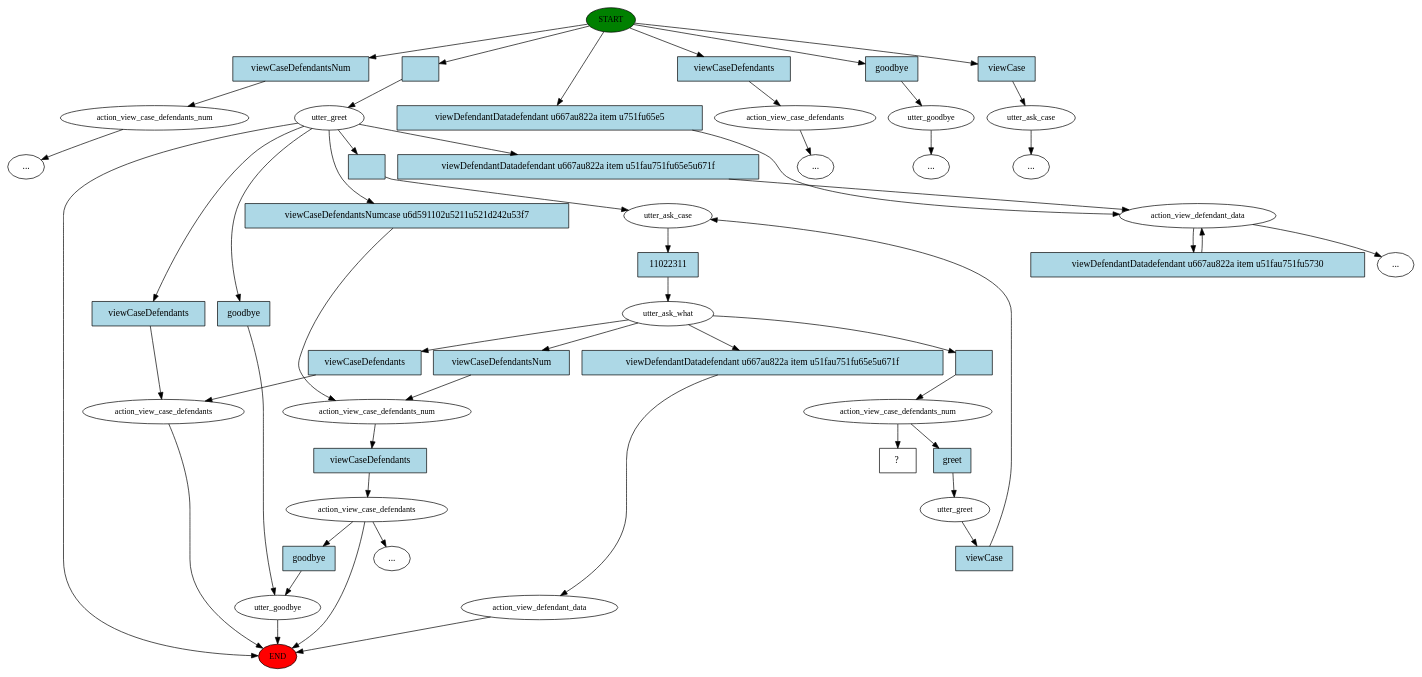
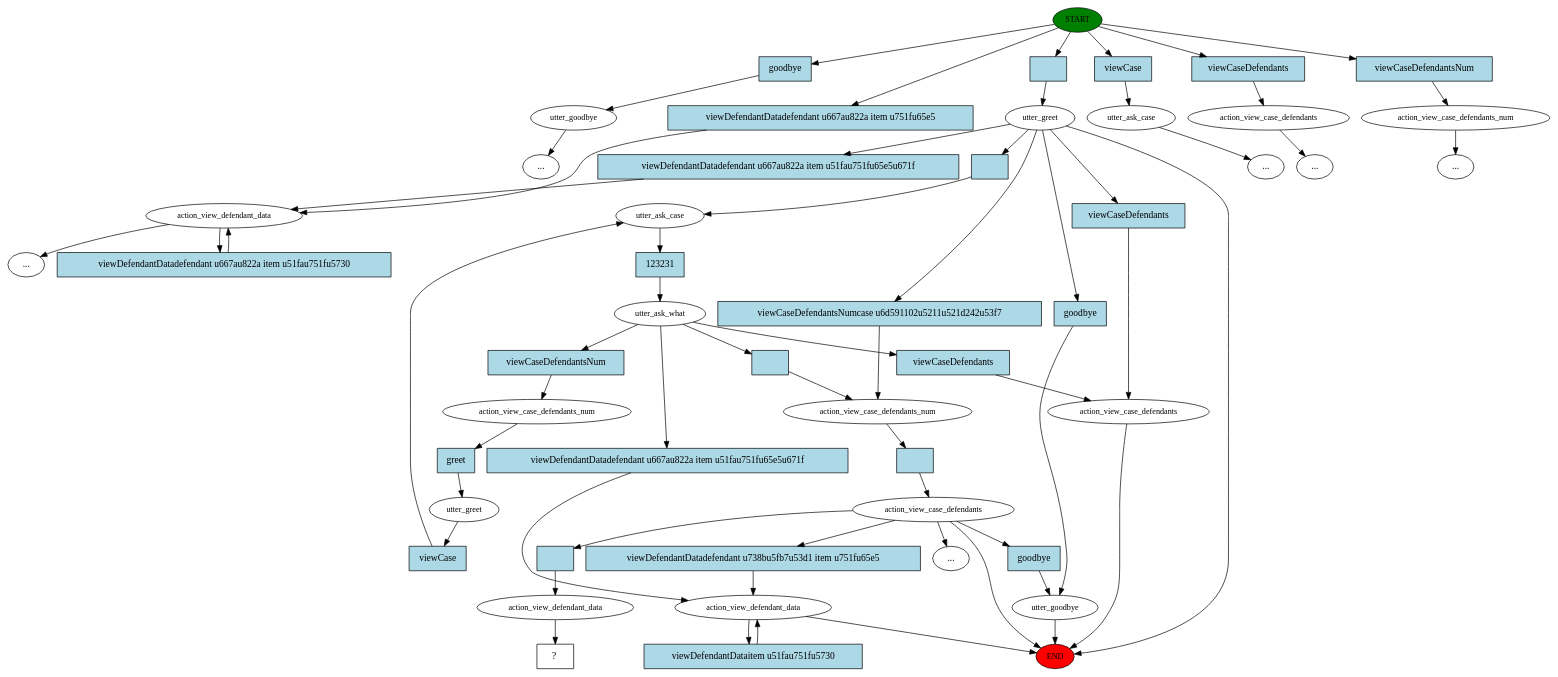
The diagram in story_graph.dot (bing-zhub/RasaChatBot), drawn with Graphviz before and after one commit. The commit also changed 4 other files, not shown here.

```diff
--- a/story_graph.dot
+++ b/story_graph.dot
@@ -1,101 +1,111 @@
 digraph  {
 0 [class="start active", fillcolor=green, fontsize=12, label=START, style=filled];
 "-1" [class=end, fillcolor=red, fontsize=12, label=END, style=filled];
-1 [class="", fontsize=12, label=action_view_case_defendants_num];
+1 [class="", fontsize=12, label=utter_goodbye];
 "-3" [class=ellipsis, label="..."];
-2 [class=active, fontsize=12, label=utter_greet];
+2 [class="", fontsize=12, label=action_view_defendant_data];
+3 [class=active, fontsize=12, label=utter_greet];
 4 [class=active, fontsize=12, label=utter_ask_case];
 5 [class=active, fontsize=12, label=utter_ask_what];
-6 [class="", fontsize=12, label=action_view_defendant_data];
-10 [class="", fontsize=12, label=action_view_case_defendants_num];
-11 [class="", fontsize=12, label=action_view_case_defendants];
-12 [class="", fontsize=12, label=utter_goodbye];
-14 [class="", fontsize=12, label=action_view_case_defendants];
-16 [class="", fontsize=12, label=action_view_defendant_data];
-19 [class="", fontsize=12, label=action_view_case_defendants];
-"-6" [class=ellipsis, label="..."];
-25 [class="", fontsize=12, label=utter_goodbye];
+6 [class=active, fontsize=12, label=action_view_case_defendants_num];
+7 [class=active, fontsize=12, label=action_view_case_defendants];
+8 [class="", fontsize=12, label=action_view_defendant_data];
+14 [class="", fontsize=12, label=utter_ask_case];
+"-5" [class=ellipsis, label="..."];
+16 [class="", fontsize=12, label=utter_goodbye];
+30 [class="", fontsize=12, label=action_view_case_defendants];
+31 [class="", fontsize=12, label=action_view_case_defendants];
 "-7" [class=ellipsis, label="..."];
 "-9" [class=ellipsis, label="..."];
-34 [class="", fontsize=12, label=utter_ask_case];
+43 [class="", fontsize=12, label=action_view_case_defendants_num];
+44 [class="", fontsize=12, label=utter_greet];
 "-10" [class=ellipsis, label="..."];
-43 [class=active, fontsize=12, label=action_view_case_defendants_num];
-44 [class="", fontsize=12, label=utter_greet];
+49 [class="", fontsize=12, label=action_view_case_defendants_num];
 "-11" [class=ellipsis, label="..."];
-53 [class="intent dashed active", label="  ?  ", shape=rect];
-54 [class=intent, fillcolor=lightblue, label=viewCaseDefendantsNum, shape=rect, style=filled];
-55 [class="intent active", fillcolor=lightblue, label="", shape=rect, style=filled];
-56 [class=intent, fillcolor=lightblue, label=viewCaseDefendants, shape=rect, style=filled];
-57 [class=intent, fillcolor=lightblue, label=goodbye, shape=rect, style=filled];
-58 [class=intent, fillcolor=lightblue, label=viewCase, shape=rect, style=filled];
-59 [class=intent, fillcolor=lightblue, label="viewDefendantDatadefendant u667au822a item u751fu65e5", shape=rect, style=filled];
-60 [class="intent active", fillcolor=lightblue, label="", shape=rect, style=filled];
-61 [class=intent, fillcolor=lightblue, label=viewCaseDefendants, shape=rect, style=filled];
-62 [class=intent, fillcolor=lightblue, label="viewDefendantDatadefendant u667au822a item u51fau751fu65e5u671f", shape=rect, style=filled];
-63 [class=intent, fillcolor=lightblue, label="viewCaseDefendantsNumcase u6d591102u5211u521d242u53f7", shape=rect, style=filled];
-64 [class=intent, fillcolor=lightblue, label=goodbye, shape=rect, style=filled];
-65 [class="intent active", fillcolor=lightblue, label=11022311, shape=rect, style=filled];
-66 [class=intent, fillcolor=lightblue, label="viewDefendantDatadefendant u667au822a item u51fau751fu65e5u671f", shape=rect, style=filled];
-67 [class=intent, fillcolor=lightblue, label=viewCaseDefendantsNum, shape=rect, style=filled];
-68 [class="intent active", fillcolor=lightblue, label="", shape=rect, style=filled];
-69 [class=intent, fillcolor=lightblue, label=viewCaseDefendants, shape=rect, style=filled];
-70 [class=intent, fillcolor=lightblue, label=viewCaseDefendants, shape=rect, style=filled];
+61 [class=active, fontsize=12, label=action_view_defendant_data];
+62 [class="intent dashed active", label="  ?  ", shape=rect];
+63 [class=intent, fillcolor=lightblue, label=goodbye, shape=rect, style=filled];
+64 [class=intent, fillcolor=lightblue, label="viewDefendantDatadefendant u667au822a item u751fu65e5", shape=rect, style=filled];
+65 [class="intent active", fillcolor=lightblue, label="", shape=rect, style=filled];
+66 [class=intent, fillcolor=lightblue, label=viewCase, shape=rect, style=filled];
+67 [class=intent, fillcolor=lightblue, label=viewCaseDefendants, shape=rect, style=filled];
+68 [class=intent, fillcolor=lightblue, label=viewCaseDefendantsNum, shape=rect, style=filled];
+69 [class=intent, fillcolor=lightblue, label="viewDefendantDatadefendant u667au822a item u51fau751fu5730", shape=rect, style=filled];
+70 [class="intent active", fillcolor=lightblue, label="", shape=rect, style=filled];
 71 [class=intent, fillcolor=lightblue, label=goodbye, shape=rect, style=filled];
-72 [class=intent, fillcolor=lightblue, label="viewDefendantDatadefendant u667au822a item u51fau751fu5730", shape=rect, style=filled];
-73 [class=intent, fillcolor=lightblue, label=greet, shape=rect, style=filled];
-74 [class=intent, fillcolor=lightblue, label=viewCase, shape=rect, style=filled];
-0 -> 54  [class="", key=0];
-0 -> 55  [class=active, key=0];
-0 -> 56  [class="", key=0];
-0 -> 57  [class="", key=0];
-0 -> 58  [class="", key=0];
-0 -> 59  [class="", key=0];
+72 [class=intent, fillcolor=lightblue, label="viewCaseDefendantsNumcase u6d591102u5211u521d242u53f7", shape=rect, style=filled];
+73 [class=intent, fillcolor=lightblue, label=viewCaseDefendants, shape=rect, style=filled];
+74 [class=intent, fillcolor=lightblue, label="viewDefendantDatadefendant u667au822a item u51fau751fu65e5u671f", shape=rect, style=filled];
+75 [class="intent active", fillcolor=lightblue, label=123231, shape=rect, style=filled];
+76 [class="intent active", fillcolor=lightblue, label="", shape=rect, style=filled];
+77 [class=intent, fillcolor=lightblue, label=viewCaseDefendants, shape=rect, style=filled];
+78 [class=intent, fillcolor=lightblue, label=viewCaseDefendantsNum, shape=rect, style=filled];
+79 [class=intent, fillcolor=lightblue, label="viewDefendantDatadefendant u667au822a item u51fau751fu65e5u671f", shape=rect, style=filled];
+80 [class="intent active", fillcolor=lightblue, label="", shape=rect, style=filled];
+81 [class=intent, fillcolor=lightblue, label="viewDefendantDatadefendant u738bu5fb7u53d1 item u751fu65e5", shape=rect, style=filled];
+82 [class="intent active", fillcolor=lightblue, label="", shape=rect, style=filled];
+83 [class=intent, fillcolor=lightblue, label=goodbye, shape=rect, style=filled];
+84 [class=intent, fillcolor=lightblue, label="viewDefendantDataitem u51fau751fu5730", shape=rect, style=filled];
+85 [class=intent, fillcolor=lightblue, label=greet, shape=rect, style=filled];
+86 [class=intent, fillcolor=lightblue, label=viewCase, shape=rect, style=filled];
+0 -> 63  [class="", key=0];
+0 -> 64  [class="", key=0];
+0 -> 65  [class=active, key=0];
+0 -> 66  [class="", key=0];
+0 -> 67  [class="", key=0];
+0 -> 68  [class="", key=0];
 1 -> "-3"  [class="", key=NONE, label=""];
-2 -> "-1"  [class="", key=NONE, label=""];
-2 -> 60  [class=active, key=0];
-2 -> 61  [class="", key=0];
-2 -> 62  [class="", key=0];
-2 -> 63  [class="", key=0];
-2 -> 64  [class="", key=0];
-4 -> 65  [class=active, key=0];
-5 -> 66  [class="", key=0];
-5 -> 67  [class="", key=0];
-5 -> 68  [class=active, key=0];
-5 -> 69  [class="", key=0];
-6 -> "-1"  [class="", key=NONE, label=""];
-10 -> 70  [class="", key=0];
-11 -> "-1"  [class="", key=NONE, label=""];
-11 -> "-11"  [class="", key=NONE, label=""];
-11 -> 71  [class="", key=0];
-12 -> "-1"  [class="", key=NONE, label=""];
-14 -> "-1"  [class="", key=NONE, label=""];
-16 -> "-9"  [class="", key=NONE, label=""];
-16 -> 72  [class="", key=0];
-19 -> "-6"  [class="", key=NONE, label=""];
-25 -> "-7"  [class="", key=NONE, label=""];
-34 -> "-10"  [class="", key=NONE, label=""];
-43 -> 53  [class=active, key=NONE, label=""];
-43 -> 73  [class="", key=0];
-44 -> 74  [class="", key=0];
-54 -> 1  [class="", key=0];
-55 -> 2  [class=active, key=0];
-56 -> 19  [class="", key=0];
-57 -> 25  [class="", key=0];
-58 -> 34  [class="", key=0];
-59 -> 16  [class="", key=0];
-60 -> 4  [class=active, key=0];
-61 -> 14  [class="", key=0];
-62 -> 16  [class="", key=0];
-63 -> 10  [class="", key=0];
-64 -> 12  [class="", key=0];
-65 -> 5  [class=active, key=0];
-66 -> 6  [class="", key=0];
-67 -> 10  [class="", key=0];
-68 -> 43  [class=active, key=0];
-69 -> 14  [class="", key=0];
-70 -> 11  [class="", key=0];
-71 -> 12  [class="", key=0];
-72 -> 16  [class="", key=0];
-73 -> 44  [class="", key=0];
-74 -> 4  [class="", key=0];
+2 -> "-9"  [class="", key=NONE, label=""];
+2 -> 69  [class="", key=0];
+3 -> "-1"  [class="", key=NONE, label=""];
+3 -> 70  [class=active, key=0];
+3 -> 71  [class="", key=0];
+3 -> 72  [class="", key=0];
+3 -> 73  [class="", key=0];
+3 -> 74  [class="", key=0];
+4 -> 75  [class=active, key=0];
+5 -> 76  [class=active, key=0];
+5 -> 77  [class="", key=0];
+5 -> 78  [class="", key=0];
+5 -> 79  [class="", key=0];
+6 -> 80  [class=active, key=0];
+7 -> "-1"  [class="", key=NONE, label=""];
+7 -> "-10"  [class="", key=NONE, label=""];
+7 -> 81  [class="", key=0];
+7 -> 82  [class=active, key=0];
+7 -> 83  [class="", key=0];
+8 -> "-1"  [class="", key=NONE, label=""];
+8 -> 84  [class="", key=0];
+14 -> "-5"  [class="", key=NONE, label=""];
+16 -> "-1"  [class="", key=NONE, label=""];
+30 -> "-1"  [class="", key=NONE, label=""];
+31 -> "-7"  [class="", key=NONE, label=""];
+43 -> 85  [class="", key=0];
+44 -> 86  [class="", key=0];
+49 -> "-11"  [class="", key=NONE, label=""];
+61 -> 62  [class=active, key=NONE, label=""];
+63 -> 1  [class="", key=0];
+64 -> 2  [class="", key=0];
+65 -> 3  [class=active, key=0];
+66 -> 14  [class="", key=0];
+67 -> 31  [class="", key=0];
+68 -> 49  [class="", key=0];
+69 -> 2  [class="", key=0];
+70 -> 4  [class=active, key=0];
+71 -> 16  [class="", key=0];
+72 -> 6  [class="", key=0];
+73 -> 30  [class="", key=0];
+74 -> 2  [class="", key=0];
+75 -> 5  [class=active, key=0];
+76 -> 6  [class=active, key=0];
+77 -> 30  [class="", key=0];
+78 -> 43  [class="", key=0];
+79 -> 8  [class="", key=0];
+80 -> 7  [class=active, key=0];
+81 -> 8  [class="", key=0];
+82 -> 61  [class=active, key=0];
+83 -> 16  [class="", key=0];
+84 -> 8  [class="", key=0];
+85 -> 44  [class="", key=0];
+86 -> 4  [class="", key=0];
 }
```
